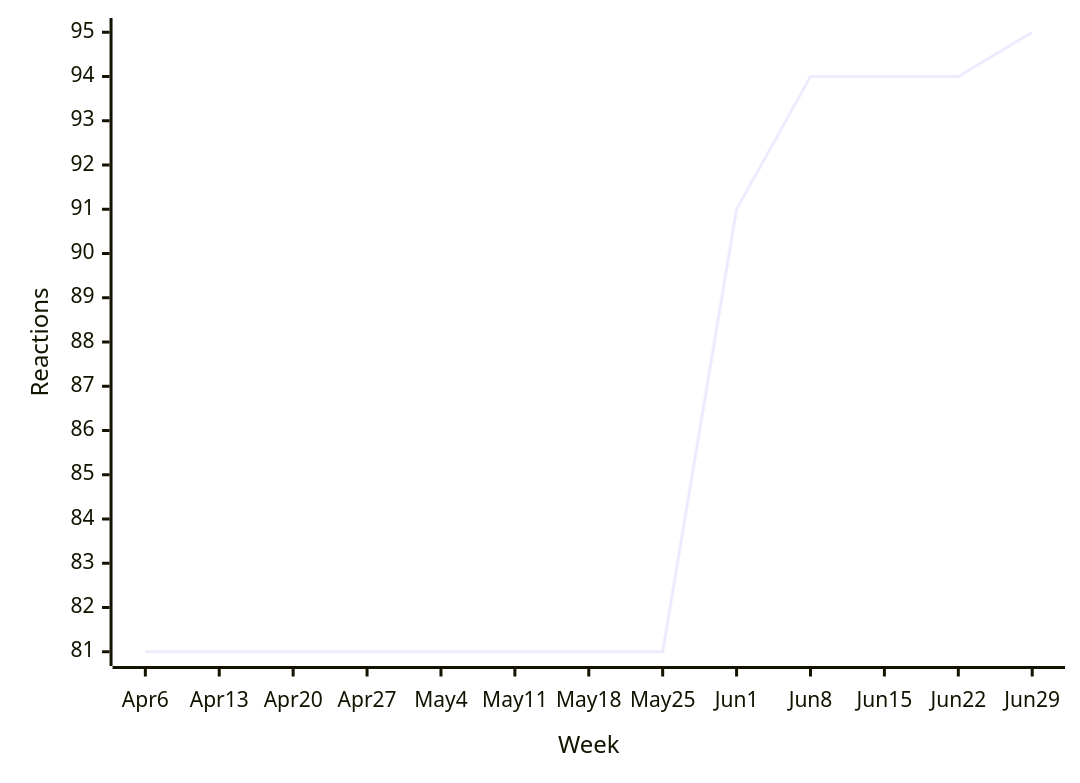
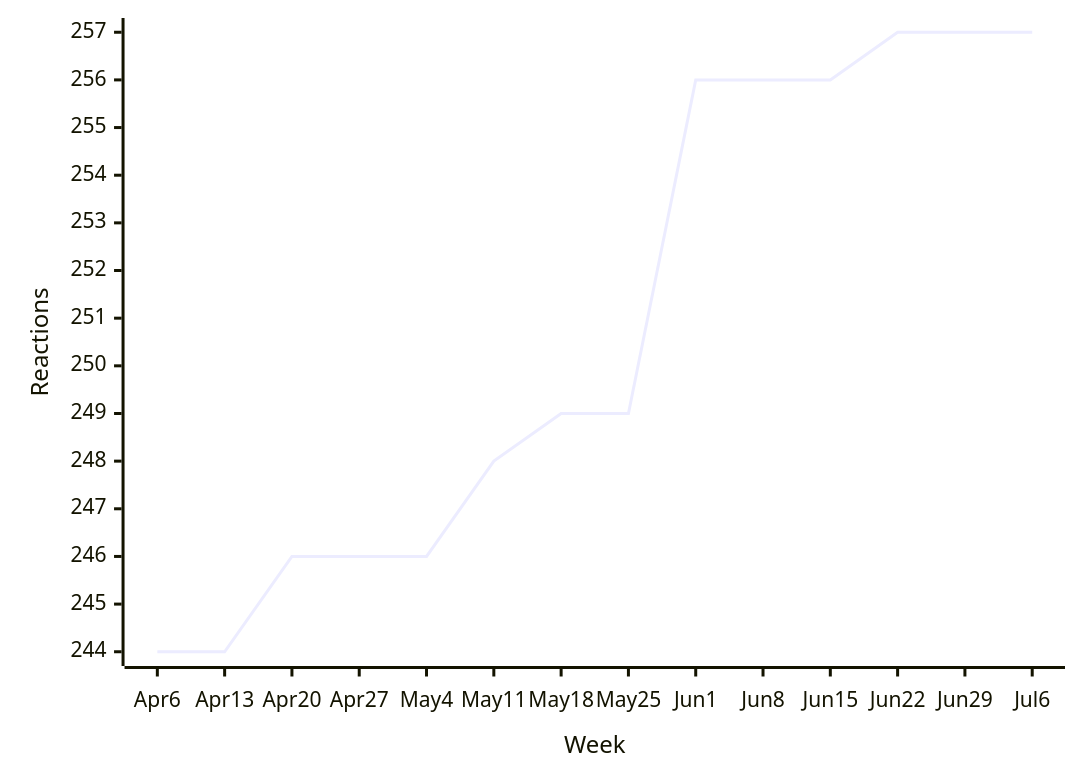
One commit to loic-sharma/github-insights changed diagram 12 of 48 in README.md. Above: the diagram before and after it, drawn with Mermaid. The commit also changed other lines of this file and 3 other files, not shown here.

````diff
--- a/README.md
+++ b/README.md
@@ -526,6 +526,6 @@
   ```mermaid
   xychart-beta
-    x-axis "Week" [Apr 6, Apr 13, Apr 20, Apr 27, May 4, May 11, May 18, May 25, Jun 1, Jun 8, Jun 15, Jun 22, Jun 29]
+    x-axis "Week" [Apr 6, Apr 13, Apr 20, Apr 27, May 4, May 11, May 18, May 25, Jun 1, Jun 8, Jun 15, Jun 22, Jun 29, Jul 6]
     y-axis "Reactions"
-    line [81, 81, 81, 81, 81, 81, 81, 81, 91, 94, 94, 94, 95]
+    line [244, 244, 246, 246, 246, 248, 249, 249, 256, 256, 256, 257, 257, 257]
   ```
````
